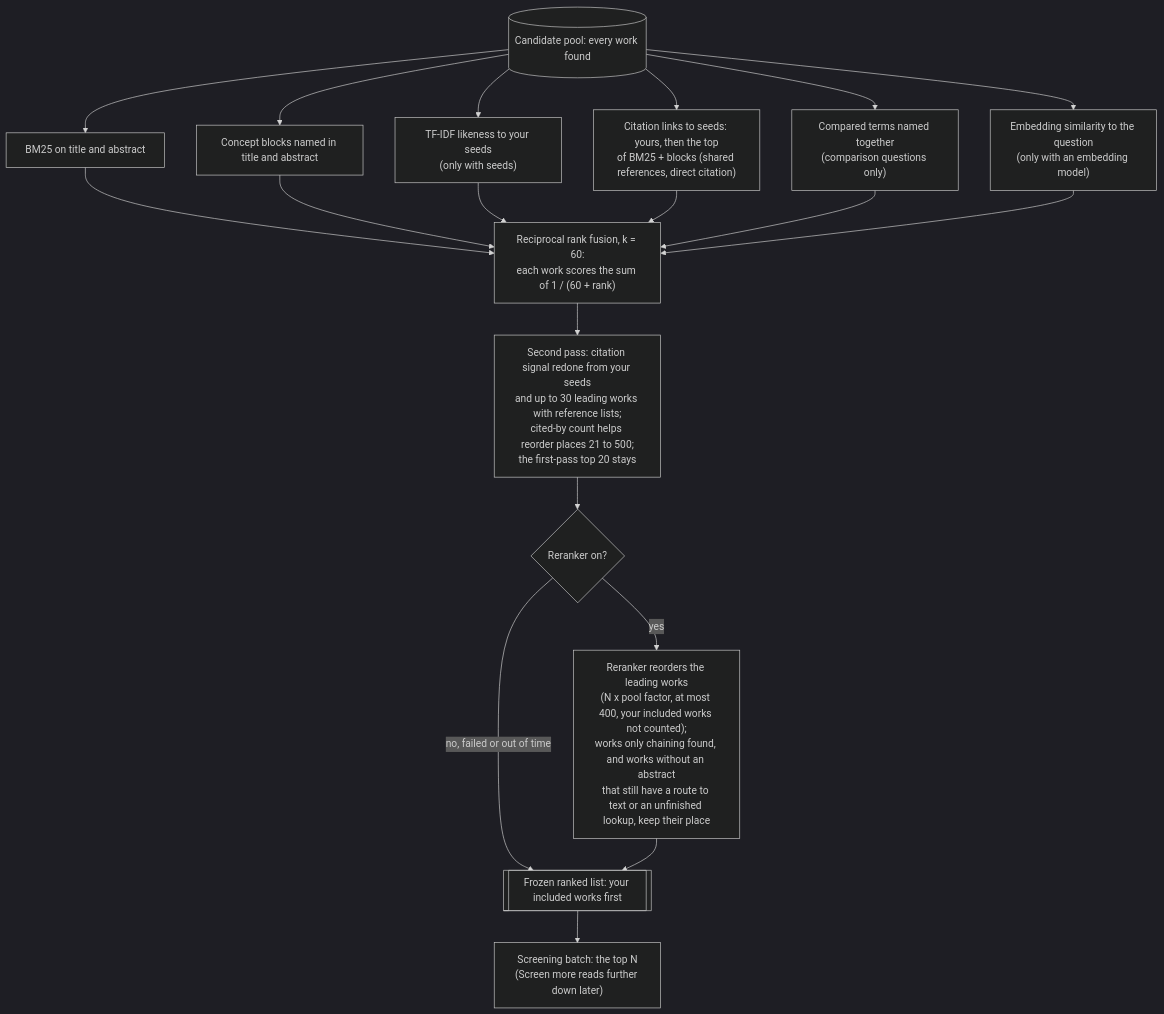
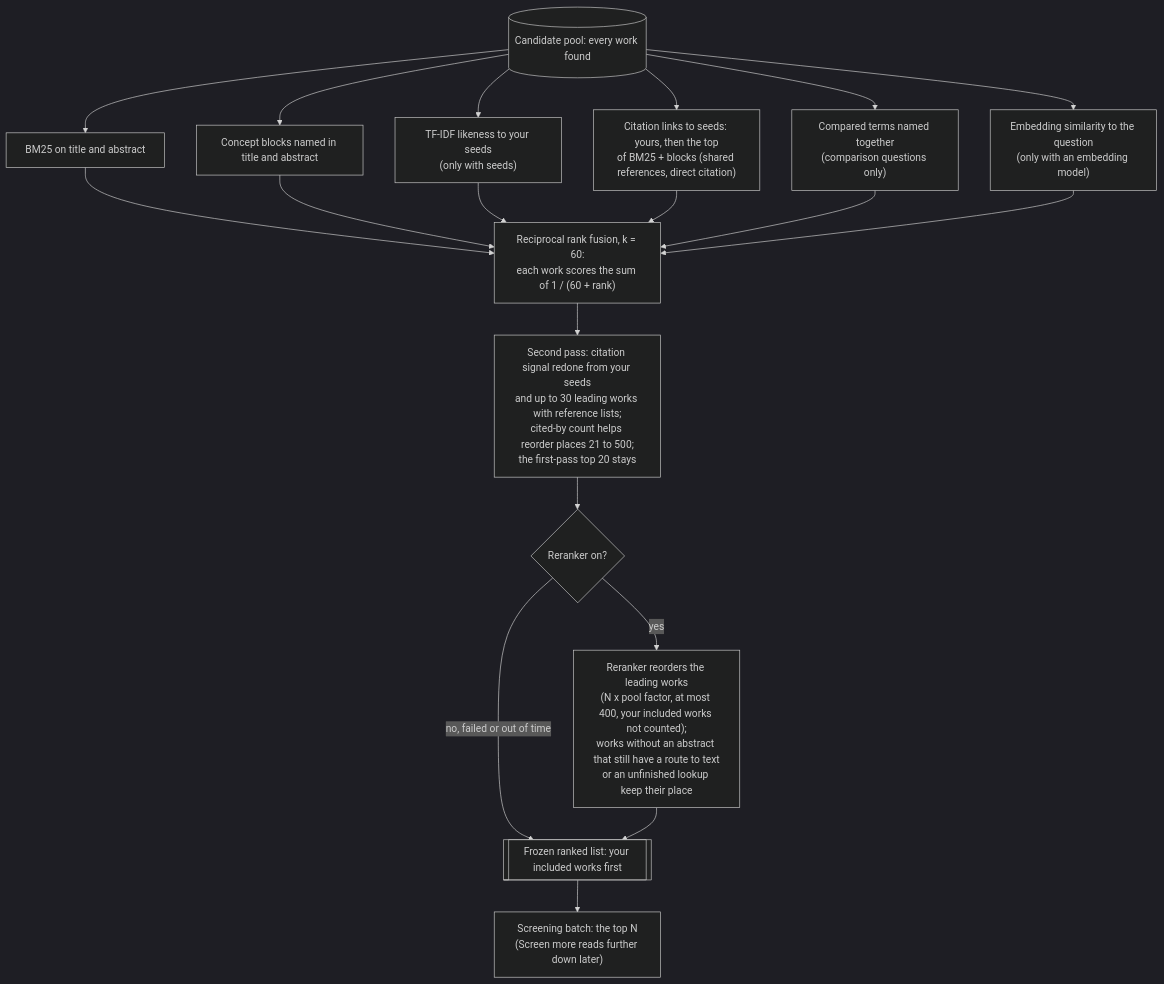
One commit to huguryildiz/DEIXIS changed the second of 2 diagrams in docs/search.md. Above: the diagram before and after it, drawn with Mermaid (dark theme). The commit also changed other lines of this file and 2 other files, not shown here.

First line of the commit message:
Rerank: records only citation chaining brought are reranked again for new runs (D170, undoing D106's hold)

````diff
--- a/docs/search.md
+++ b/docs/search.md
@@ -60,21 +60,21 @@
 ```mermaid
 flowchart TD
     POOL[("Candidate pool: every work found")] --> B["BM25 on title and abstract"]
     POOL --> BL["Concept blocks named in title and abstract"]
     POOL --> TF["TF-IDF likeness to your seeds<br/>(only with seeds)"]
     POOL --> G["Citation links to seeds: yours, then the top<br/>of BM25 + blocks (shared references, direct citation)"]
     POOL --> J["Compared terms named together<br/>(comparison questions only)"]
     POOL --> E["Embedding similarity to the question<br/>(only with an embedding model)"]
     B --> F["Reciprocal rank fusion, k = 60:<br/>each work scores the sum of 1 / (60 + rank)"]
     BL --> F
     TF --> F
     G --> F
     J --> F
     E --> F
     F --> P2["Second pass: citation signal redone from your seeds<br/>and up to 30 leading works with reference lists;<br/>cited-by count helps reorder places 21 to 500;<br/>the first-pass top 20 stays"]
     P2 --> RR{"Reranker on?"}
-    RR -->|"yes"| RRK["Reranker reorders the leading works<br/>(N x pool factor, at most 400, your included works not counted);<br/>works only chaining found, and works without an abstract<br/>that still have a route to text or an unfinished lookup, keep their place"]
+    RR -->|"yes"| RRK["Reranker reorders the leading works<br/>(N x pool factor, at most 400, your included works not counted);<br/>works without an abstract that still have a route to text<br/>or an unfinished lookup keep their place"]
     RR -->|"no, failed or out of time"| LIST
     RRK --> LIST[["Frozen ranked list: your included works first"]]
     LIST --> BATCH["Screening batch: the top N<br/>(Screen more reads further down later)"]
 ```
````
